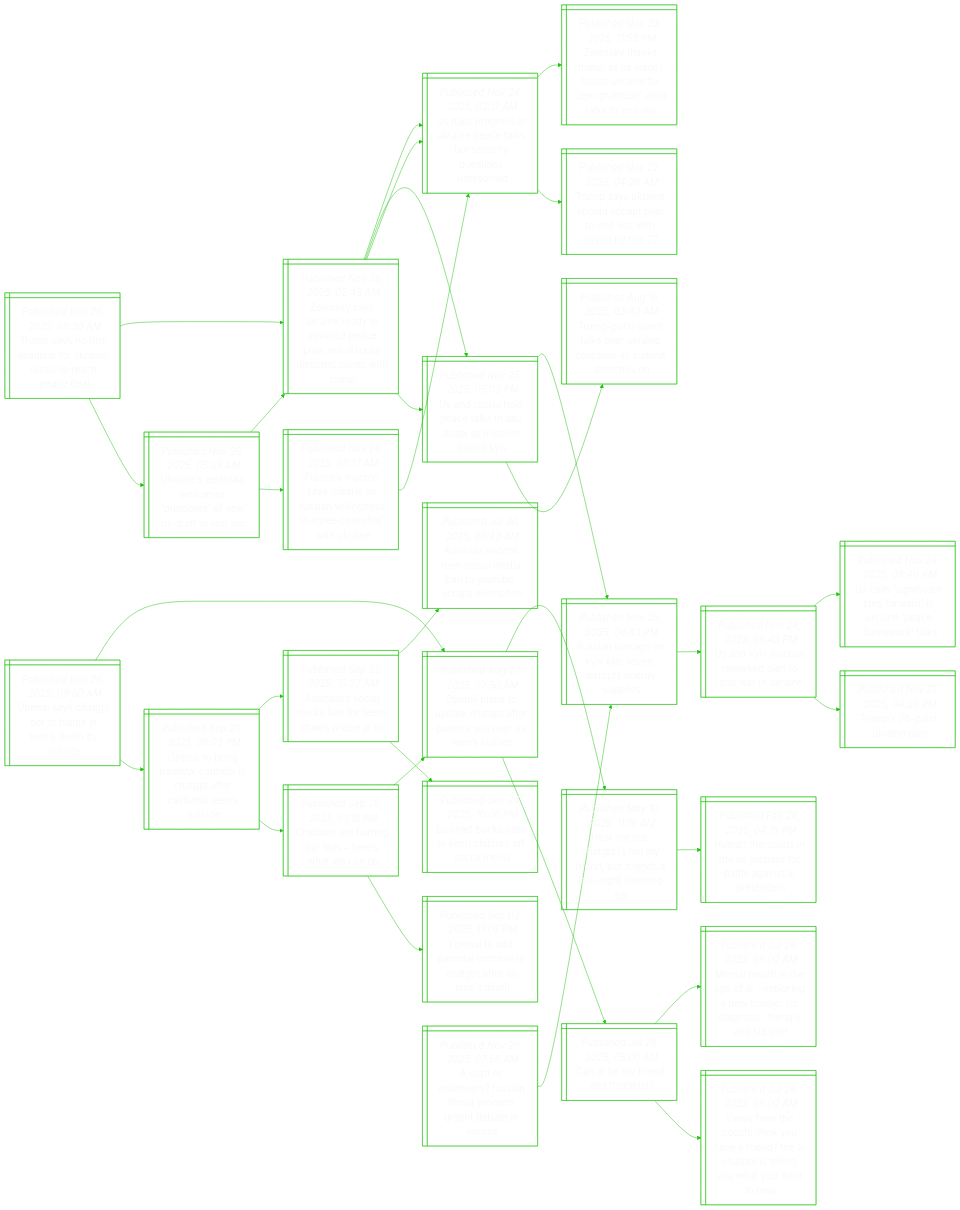
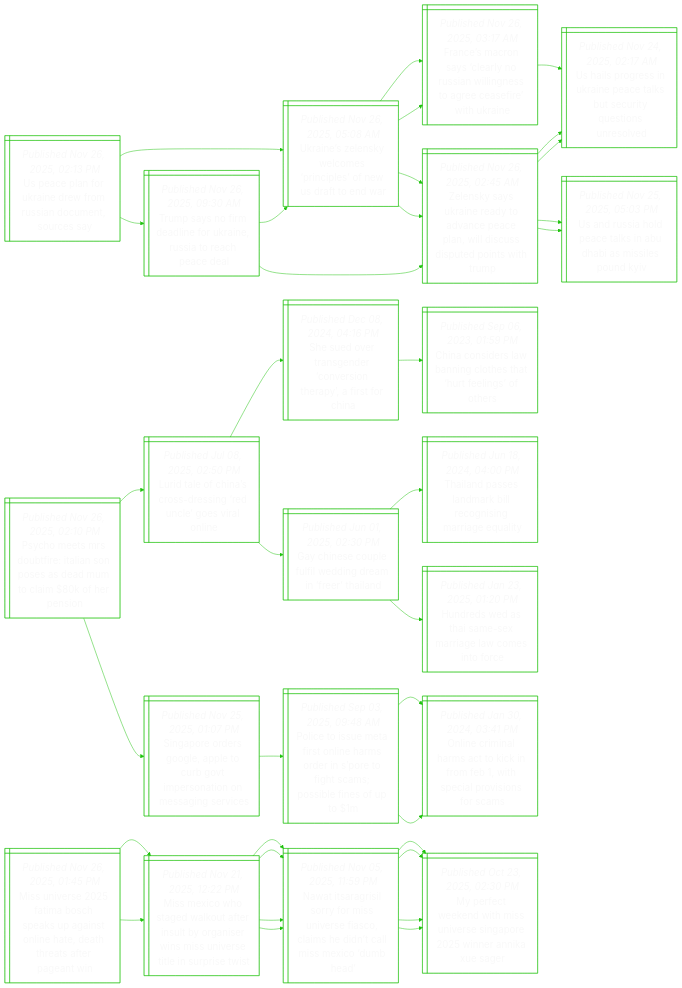
One commit to notJmes/notJmes changed the diagram in README.md. Above: the diagram before and after it, drawn with Mermaid. The commit also changed other lines of this file, not shown here.

````diff
--- a/README.md
+++ b/README.md
@@ -16,22 +16,22 @@
 flowchart LR
 classDef txtsize font-size:20px;
 
+Ucnkefunmos@{ shape: win-pane, label: "_Published Nov 26, 2025, 02:13 PM_
+Us peace plan for ukraine drew from russian document, sources say" }
 Tsodirisohe@{ shape: win-pane, label: "_Published Nov 26, 2025, 09:30 AM_
 Trump says no firm deadline for ukraine, russia to reach peace deal" }
 Zsyaeonaalusdthp@{ shape: win-pane, label: "_Published Nov 26, 2025, 02:45 AM_
 Zelensky says ukraine ready to advance peace plan, will discuss disputed points with trump" }
 Ulgiaeauuqinl@{ shape: win-pane, label: "_Published Nov 24, 2025, 02:17 AM_
 Us hails progress in ukraine peace talks but security questions unresolved" }
-ZsarsalUnzruikn@{ shape: win-pane, label: "_Published Nov 23, 2025, 11:53 PM_
-Zelensky thanks trump as us leader blasts ukraine for ‘zero gratitude’ amid talks to end war" }
-Tskeleanwub@{ shape: win-pane, label: "_Published Nov 22, 2025, 04:26 AM_
-Trump says ukraine should accept plan to end war with russia by nov 27" }
 URaptiDaspK@{ shape: win-pane, label: "_Published Nov 25, 2025, 05:03 PM_
 Us and russia hold peace talks in abu dhabi as missiles pound kyiv" }
-Rarnksdpeue@{ shape: win-pane, label: "_Published Nov 25, 2025, 04:43 PM_
-Russian barrage on kyiv kills seven, disrupts energy supplies" }
-TPdtsUncamre@{ shape: win-pane, label: "_Published Aug 16, 2025, 03:43 AM_
-Trump-putin direct talks over ukraine conclude as summit stretches on" }
+UnlyorpfStd@{ shape: win-pane, label: "_Published Nov 26, 2025, 05:08 AM_
+Ukraine’s zelensky welcomes ‘principles’ of new us draft to end war" }
+Zsyaeonaalusdthp@{ shape: win-pane, label: "_Published Nov 26, 2025, 02:45 AM_
+Zelensky says ukraine ready to advance peace plan, will discuss disputed points with trump" }
+Feryaoilnoeewke@{ shape: win-pane, label: "_Published Nov 26, 2025, 03:17 AM_
+France’s macron says ‘clearly no russian willingness to agree ceasefire’ with ukraine" }
 UnlyorpfStd@{ shape: win-pane, label: "_Published Nov 26, 2025, 05:08 AM_
 Ukraine’s zelensky welcomes ‘principles’ of new us draft to end war" }
 Zsyaeonaalusdthp@{ shape: win-pane, label: "_Published Nov 26, 2025, 02:45 AM_
@@ -45,77 +45,86 @@
 Ulgiaeauuqinl@{ shape: win-pane, label: "_Published Nov 24, 2025, 02:17 AM_
 Us hails progress in ukraine peace talks but security questions unresolved" }
 
+Ucnkefunmos:::txtsize --> Tsodirisohe:::txtsize
 Tsodirisohe:::txtsize --> Zsyaeonaalusdthp:::txtsize
 Zsyaeonaalusdthp:::txtsize --> Ulgiaeauuqinl:::txtsize
-Ulgiaeauuqinl:::txtsize --> ZsarsalUnzruikn:::txtsize
-Ulgiaeauuqinl:::txtsize --> Tskeleanwub:::txtsize
 Zsyaeonaalusdthp:::txtsize --> URaptiDaspK:::txtsize
-URaptiDaspK:::txtsize --> Rarnksdpeue:::txtsize
-URaptiDaspK:::txtsize --> TPdtsUncamre:::txtsize
 Tsodirisohe:::txtsize --> UnlyorpfStd:::txtsize
+UnlyorpfStd:::txtsize --> Zsyaeonaalusdthp:::txtsize
+UnlyorpfStd:::txtsize --> Feryaoilnoeewke:::txtsize
+Ucnkefunmos:::txtsize --> UnlyorpfStd:::txtsize
 UnlyorpfStd:::txtsize --> Zsyaeonaalusdthp:::txtsize
 Zsyaeonaalusdthp:::txtsize --> Ulgiaeauuqinl:::txtsize
 Zsyaeonaalusdthp:::txtsize --> URaptiDaspK:::txtsize
 UnlyorpfStd:::txtsize --> Feryaoilnoeewke:::txtsize
 Feryaoilnoeewke:::txtsize --> Ulgiaeauuqinl:::txtsize
 
-OICPtmeeyi@{ shape: win-pane, label: "_Published Nov 26, 2025, 09:00 AM_
-Openai says chatgpt not to blame in teen’s death by suicide" }
-OIsdhTrneUnc@{ shape: win-pane, label: "_Published Aug 27, 2025, 07:50 AM_
-Openai plans to update chatgpt after parents sue over us teen’s suicide" }
-HehTtiueliiir@{ shape: win-pane, label: "_Published May 10, 2025, 11:15 AM_
-Hear me out: chatgpt is not my friend, but it lends a late-night listening ear" }
-HtpiUpotaAtr@{ shape: win-pane, label: "_Published Feb 26, 2025, 04:15 PM_
-Human therapists in the us prepare for battle against ai pretenders" }
-Cbraes@{ shape: win-pane, label: "_Published Jul 28, 2025, 05:00 AM_
-Can ai be my friend and therapist?" }
-Mlthoxienfairnp@{ shape: win-pane, label: "_Published Jul 28, 2025, 05:00 AM_
-Mental health in the age of ai - exploring a new frontier for diagnosis, therapy and support" }
-VFhcnhfdIbtnwota@{ shape: win-pane, label: "_Published Jul 28, 2025, 05:00 AM_
-Views from the couch: think you have a friend? the ai chatbot is telling you what you want to hear" }
-OIirlrnGtlnei@{ shape: win-pane, label: "_Published Sep 29, 2025, 08:02 PM_
-Openai to bring parental controls in chatgpt after california teen’s suicide" }
-AaslaonwiU@{ shape: win-pane, label: "_Published Sep 25, 2025, 10:37 AM_
-Australia’s social media ban for teens draws praise at un" }
-AaitombYbaeo@{ shape: win-pane, label: "_Published Jul 30, 2025, 06:43 AM_
-Australia widens teen social media ban to youtube, scraps exemption" }
-Eekleinom@{ shape: win-pane, label: "_Published Sep 24, 2025, 10:06 PM_
-Eu chief backs calls to keep children off social media" }
-Coeirhweo@{ shape: win-pane, label: "_Published Sep 28, 2025, 01:15 PM_
-Chatbots are hurting our kids – here’s what we can do" }
-OIsdhTrneUnc@{ shape: win-pane, label: "_Published Aug 27, 2025, 07:50 AM_
-Openai plans to update chatgpt after parents sue over us teen’s suicide" }
-OIdnolhTrea@{ shape: win-pane, label: "_Published Sep 02, 2025, 11:06 PM_
-Openai to add parental controls to chatgpt after us teen’s death" }
+Posoiassdulopo@{ shape: win-pane, label: "_Published Nov 26, 2025, 02:10 PM_
+Psycho meets mrs doubtfire: italian son poses as dead mum to claim $80k of her pension" }
+Ltfassrceai@{ shape: win-pane, label: "_Published Jul 08, 2025, 02:50 PM_
+Lurid tale of china’s cross-dressing ‘red uncle’ goes viral online" }
+Sersevorffi@{ shape: win-pane, label: "_Published Dec 08, 2024, 04:16 PM_
+She sued over transgender ‘conversion therapy’, a first for china" }
+Ccdanlshegt@{ shape: win-pane, label: "_Published Sep 06, 2023, 01:59 PM_
+China considers law banning clothes that ‘hurt feelings’ of others" }
+Giceidrnrl@{ shape: win-pane, label: "_Published Jun 01, 2025, 02:30 PM_
+Gay chinese couple fulfil wedding dream in ‘freer’ thailand" }
+Tasarlgnrei@{ shape: win-pane, label: "_Published Jun 18, 2024, 04:00 PM_
+Thailand passes landmark bill recognising marriage equality" }
+Hedaeagcio@{ shape: win-pane, label: "_Published Jan 23, 2025, 01:20 PM_
+Hundreds wed as thai same-sex marriage law comes into force" }
+SprGeertrtnasc@{ shape: win-pane, label: "_Published Nov 25, 2025, 01:07 PM_
+Singapore orders google, apple to curb govt impersonation on messaging services" }
+PestsirdSthmsfoo@{ shape: win-pane, label: "_Published Sep 03, 2025, 09:48 AM_
+Police to issue meta first online harms order in s’pore to fight scams; possible fines of up to $1m" }
+Oeiacifehioors@{ shape: win-pane, label: "_Published Jan 30, 2024, 03:41 PM_
+Online criminal harms act to kick in from feb 1, with special provisions for scams" }
+Oeiacifehioors@{ shape: win-pane, label: "_Published Jan 30, 2024, 03:41 PM_
+Online criminal harms act to kick in from feb 1, with special provisions for scams" }
 
-OICPtmeeyi:::txtsize --> OIsdhTrneUnc:::txtsize
-OIsdhTrneUnc:::txtsize --> HehTtiueliiir:::txtsize
-HehTtiueliiir:::txtsize --> HtpiUpotaAtr:::txtsize
-OIsdhTrneUnc:::txtsize --> Cbraes:::txtsize
-Cbraes:::txtsize --> Mlthoxienfairnp:::txtsize
-Cbraes:::txtsize --> VFhcnhfdIbtnwota:::txtsize
-OICPtmeeyi:::txtsize --> OIirlrnGtlnei:::txtsize
-OIirlrnGtlnei:::txtsize --> AaslaonwiU:::txtsize
-AaslaonwiU:::txtsize --> AaitombYbaeo:::txtsize
-AaslaonwiU:::txtsize --> Eekleinom:::txtsize
-OIirlrnGtlnei:::txtsize --> Coeirhweo:::txtsize
-Coeirhweo:::txtsize --> OIsdhTrneUnc:::txtsize
-Coeirhweo:::txtsize --> OIdnolhTrea:::txtsize
+Posoiassdulopo:::txtsize --> Ltfassrceai:::txtsize
+Ltfassrceai:::txtsize --> Sersevorffi:::txtsize
+Sersevorffi:::txtsize --> Ccdanlshegt:::txtsize
+Ltfassrceai:::txtsize --> Giceidrnrl:::txtsize
+Giceidrnrl:::txtsize --> Tasarlgnrei:::txtsize
+Giceidrnrl:::txtsize --> Hedaeagcio:::txtsize
+Posoiassdulopo:::txtsize --> SprGeertrtnasc:::txtsize
+SprGeertrtnasc:::txtsize --> PestsirdSthmsfoo:::txtsize
+PestsirdSthmsfoo:::txtsize --> Oeiacifehioors:::txtsize
+PestsirdSthmsfoo:::txtsize --> Oeiacifehioors:::txtsize
 
-Atlesttpgeio@{ shape: win-pane, label: "_Published Nov 26, 2025, 07:58 AM_
-A draft or volunteers? russian threat prompts urgent debate in europe" }
-Rarnksdpeue@{ shape: win-pane, label: "_Published Nov 25, 2025, 04:43 PM_
-Russian barrage on kyiv kills seven, disrupts energy supplies" }
-UKisrlerr@{ shape: win-pane, label: "_Published Nov 24, 2025, 05:43 PM_
-Us and kyiv discuss reworked plan to end war in ukraine" }
-Ulnaewniaark@{ shape: win-pane, label: "_Published Nov 24, 2025, 08:40 AM_
-Us hails ‘significant step forward’ in ukraine ‘peace framework’ talks" }
-Tstia@{ shape: win-pane, label: "_Published Nov 21, 2025, 04:26 PM_
-Trump’s 28-point ukraine plan" }
+Mnsisepnlaarapn@{ shape: win-pane, label: "_Published Nov 26, 2025, 01:45 PM_
+Miss universe 2025 fatima bosch speaks up against online hate, death threats after pageant win" }
+Mewaatrlrsnseinrw@{ shape: win-pane, label: "_Published Nov 21, 2025, 12:22 PM_
+Miss mexico who staged walkout after insult by organiser wins miss universe title in surprise twist" }
+NIairMnssaetMede@{ shape: win-pane, label: "_Published Nov 05, 2025, 11:59 PM_
+Nawat itsaragrisil sorry for miss universe fiasco, claims he didn’t call miss mexico ‘dumb head’" }
+MfedMnsgeeier@{ shape: win-pane, label: "_Published Oct 23, 2025, 02:30 PM_
+My perfect weekend with miss universe singapore 2025 winner annika xue sager" }
+NIairMnssaetMede@{ shape: win-pane, label: "_Published Nov 05, 2025, 11:59 PM_
+Nawat itsaragrisil sorry for miss universe fiasco, claims he didn’t call miss mexico ‘dumb head’" }
+MfedMnsgeeier@{ shape: win-pane, label: "_Published Oct 23, 2025, 02:30 PM_
+My perfect weekend with miss universe singapore 2025 winner annika xue sager" }
+Mewaatrlrsnseinrw@{ shape: win-pane, label: "_Published Nov 21, 2025, 12:22 PM_
+Miss mexico who staged walkout after insult by organiser wins miss universe title in surprise twist" }
+NIairMnssaetMede@{ shape: win-pane, label: "_Published Nov 05, 2025, 11:59 PM_
+Nawat itsaragrisil sorry for miss universe fiasco, claims he didn’t call miss mexico ‘dumb head’" }
+MfedMnsgeeier@{ shape: win-pane, label: "_Published Oct 23, 2025, 02:30 PM_
+My perfect weekend with miss universe singapore 2025 winner annika xue sager" }
+NIairMnssaetMede@{ shape: win-pane, label: "_Published Nov 05, 2025, 11:59 PM_
+Nawat itsaragrisil sorry for miss universe fiasco, claims he didn’t call miss mexico ‘dumb head’" }
+MfedMnsgeeier@{ shape: win-pane, label: "_Published Oct 23, 2025, 02:30 PM_
+My perfect weekend with miss universe singapore 2025 winner annika xue sager" }
 
-Atlesttpgeio:::txtsize --> Rarnksdpeue:::txtsize
-Rarnksdpeue:::txtsize --> UKisrlerr:::txtsize
-UKisrlerr:::txtsize --> Ulnaewniaark:::txtsize
-UKisrlerr:::txtsize --> Tstia:::txtsize
+Mnsisepnlaarapn:::txtsize --> Mewaatrlrsnseinrw:::txtsize
+Mewaatrlrsnseinrw:::txtsize --> NIairMnssaetMede:::txtsize
+NIairMnssaetMede:::txtsize --> MfedMnsgeeier:::txtsize
+Mewaatrlrsnseinrw:::txtsize --> NIairMnssaetMede:::txtsize
+NIairMnssaetMede:::txtsize --> MfedMnsgeeier:::txtsize
+Mnsisepnlaarapn:::txtsize --> Mewaatrlrsnseinrw:::txtsize
+Mewaatrlrsnseinrw:::txtsize --> NIairMnssaetMede:::txtsize
+NIairMnssaetMede:::txtsize --> MfedMnsgeeier:::txtsize
+Mewaatrlrsnseinrw:::txtsize --> NIairMnssaetMede:::txtsize
+NIairMnssaetMede:::txtsize --> MfedMnsgeeier:::txtsize
 
 ```
````
